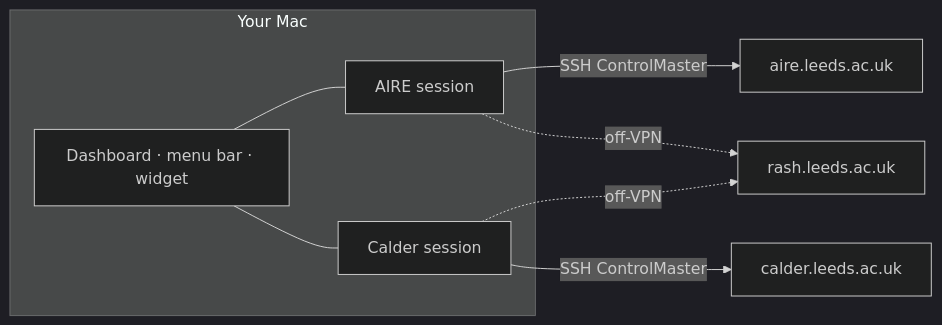
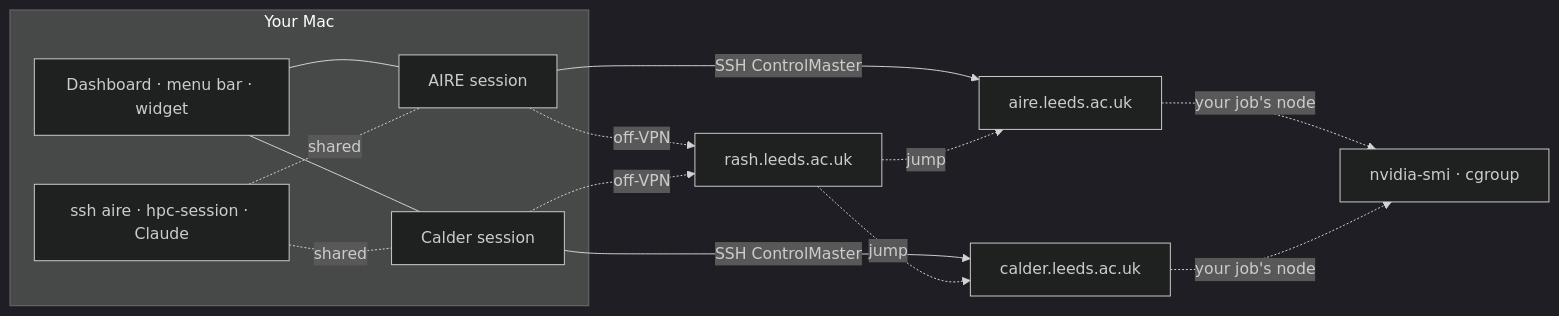
One commit to Jarm1ng/aire-monitor changed the diagram in README.md. Above: the diagram before and after it, drawn with Mermaid (dark theme). The commit also changed other lines of this file and 16 other files, not shown here.

````diff
--- a/README.md
+++ b/README.md
@@ -136,14 +210,21 @@
 ```mermaid
 flowchart LR
     subgraph mac["Your Mac"]
         ui["Dashboard · menu bar · widget"]
         a["AIRE session"]
         c["Calder session"]
+        t["ssh aire · hpc-session · Claude"]
         ui --- a
         ui --- c
+        t -. "shared" .- a
+        t -. "shared" .- c
     end
     a -- "SSH ControlMaster" --> aire["aire.leeds.ac.uk"]
     c -- "SSH ControlMaster" --> calder["calder.leeds.ac.uk"]
     a -. "off-VPN" .-> rash["rash.leeds.ac.uk"]
     c -. "off-VPN" .-> rash
+    rash -. "jump" .-> aire
+    rash -. "jump" .-> calder
+    aire -. "your job's node" .-> gpu["nvidia-smi · cgroup"]
+    calder -. "your job's node" .-> gpu
 ```
````
